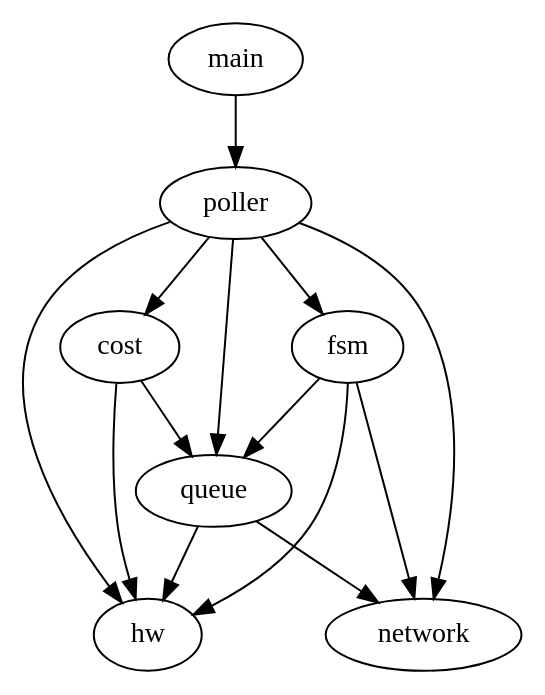
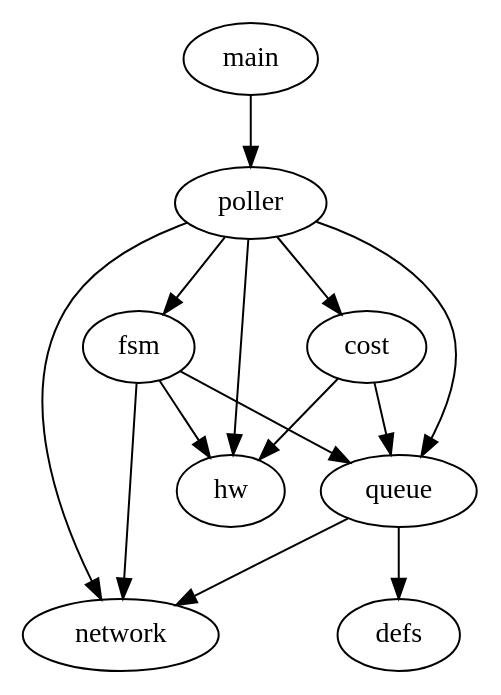
One commit to mmshabab90/TTK4145-Heis changed the diagram in dependancy_diagram.gv. Above: the diagram before and after it, drawn with Graphviz. The commit also changed 6 other files, not shown here.

```diff
--- a/dependancy_diagram.gv
+++ b/dependancy_diagram.gv
@@ -1,15 +1,15 @@
 digraph G {
 	main -> poller;
 	poller -> hw;
 	poller -> fsm;
 	poller -> queue;
 	poller -> network;
 	poller -> cost;
 	fsm -> hw;
 	fsm -> queue;
 	fsm -> network;
-	queue -> hw;
+	queue -> defs;
 	queue -> network;
 	cost -> queue;
 	cost -> hw;
 }
```
